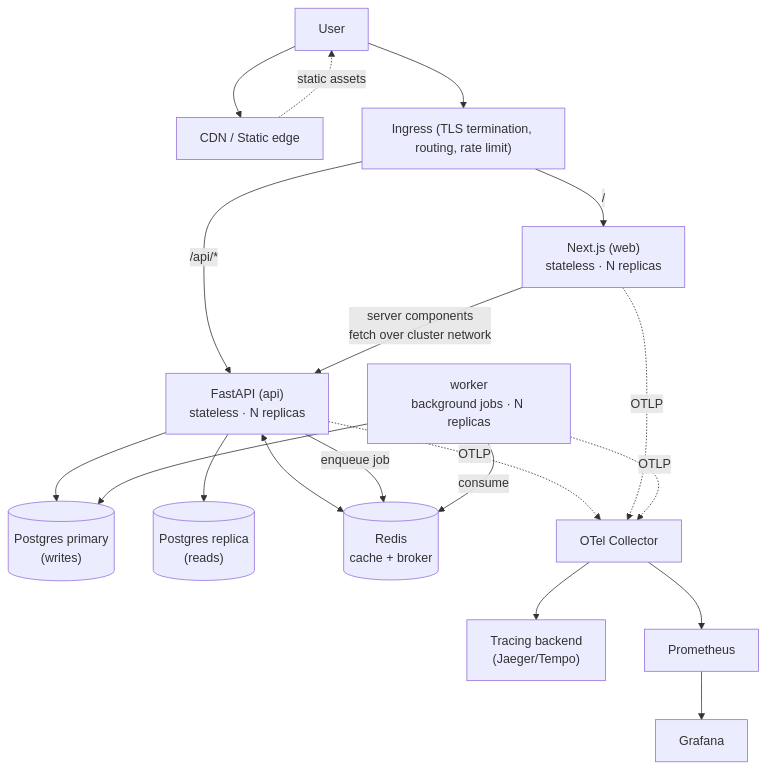
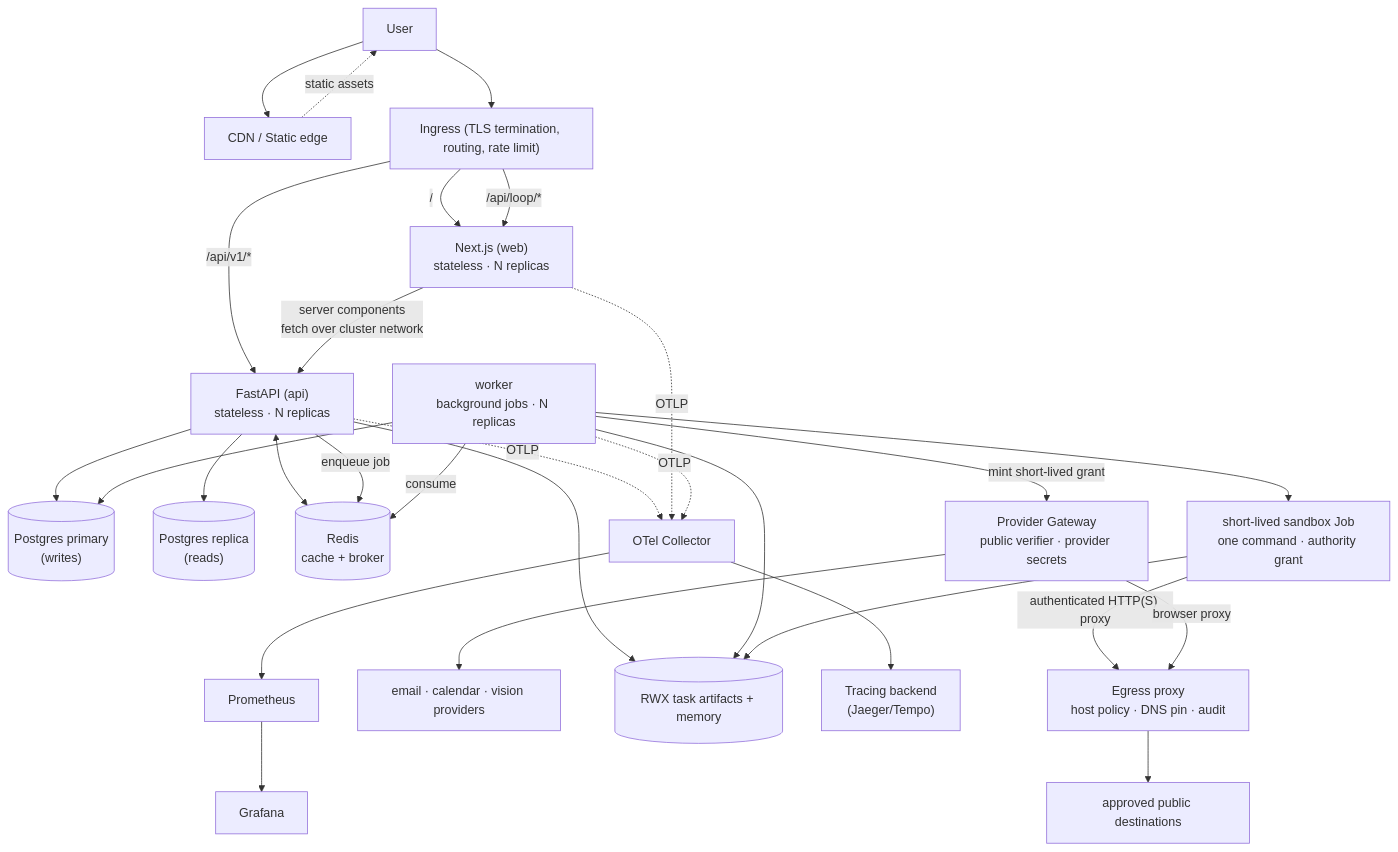
Before and after one commit to chriswu727/loop-agent: the first of 4 diagrams in ARCHITECTURE.md, drawn with Mermaid. The commit also changed other lines of this file and 149 other files, not shown here.

````diff
--- a/ARCHITECTURE.md
+++ b/ARCHITECTURE.md
@@ -45,19 +45,27 @@
 ```mermaid
 flowchart TB
     U["User"] --> CDN["CDN / Static edge"]
     U --> IG["Ingress (TLS termination, routing, rate limit)"]
     CDN -. "static assets" .-> U
     IG -->|"/"| WEB["Next.js (web)\nstateless · N replicas"]
-    IG -->|"/api/*"| API["FastAPI (api)\nstateless · N replicas"]
+    IG -->|"/api/loop/*"| WEB
+    IG -->|"/api/v1/*"| API["FastAPI (api)\nstateless · N replicas"]
     WEB -->|"server components\nfetch over cluster network"| API
     API --> PGW[("Postgres primary\n(writes)")]
     API --> PGR[("Postgres replica\n(reads)")]
     API <--> REDIS[("Redis\ncache + broker")]
     API -- "enqueue job" --> REDIS
     WORKER["worker\nbackground jobs · N replicas"] -- "consume" --> REDIS
     WORKER --> PGW
+    WORKER -- "mint short-lived grant" --> PGATE["Provider Gateway\npublic verifier · provider secrets"]
+    WORKER --> JOB["short-lived sandbox Job\none command · authority grant"]
+    JOB -- "authenticated HTTP(S) proxy" --> EGRESS["Egress proxy\nhost policy · DNS pin · audit"]
+    PGATE -- "browser proxy" --> EGRESS
+    PGATE --> EXT["email · calendar · vision providers"]
+    EGRESS --> WEBEXT["approved public destinations"]
+    API & WORKER & JOB --> PVC[("RWX task artifacts + memory")]
     API & WEB & WORKER -. "OTLP" .-> OTEL["OTel Collector"]
     OTEL --> TRACING["Tracing backend\n(Jaeger/Tempo)"]
     OTEL --> METRICS["Prometheus"]
     METRICS --> GRAFANA["Grafana"]
 ```
````
